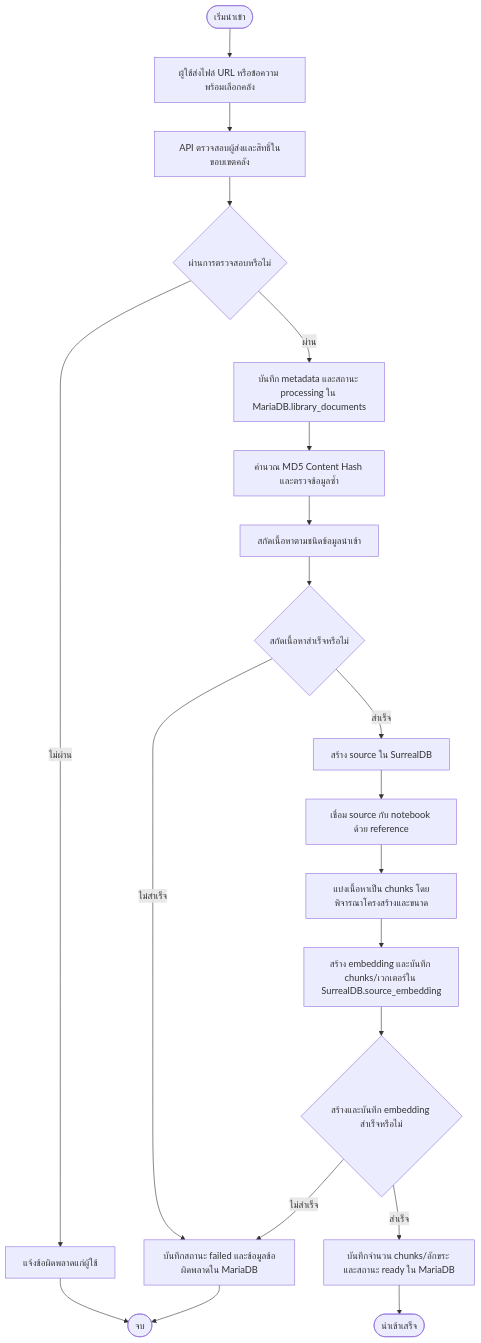
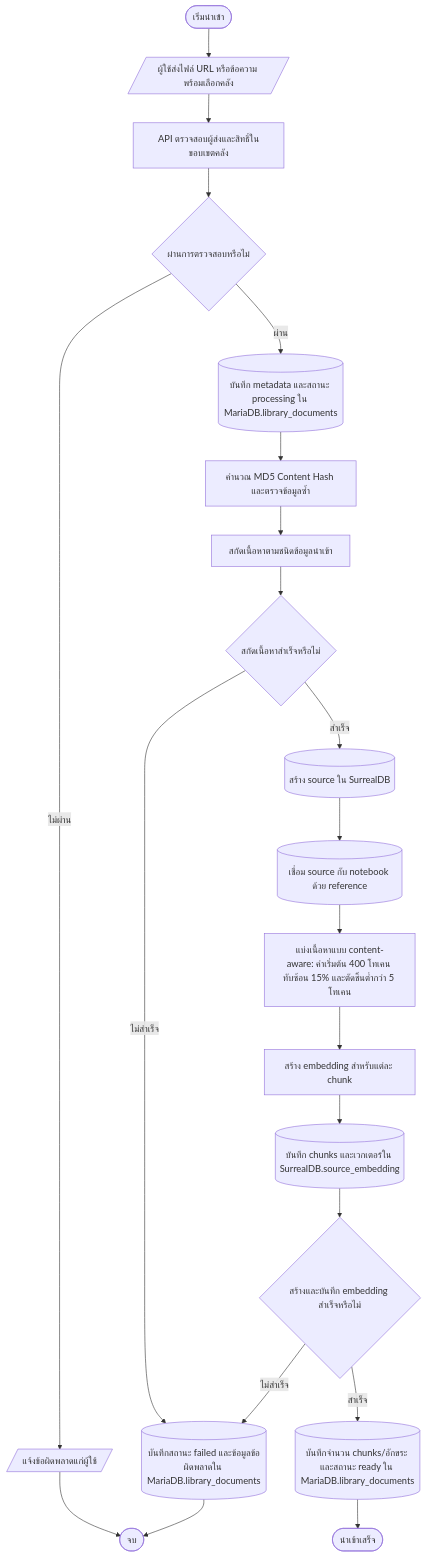
Before and after one commit to phuwishpk/LSP-SIET: the first of 3 diagrams in docs-Tisit/บทที่ 3/section_3_4_kmitl_rag_ai.md, drawn with Mermaid. The commit also changed other lines of this file and 1 other file, not shown here.

Commit message:
feat: update flowcharts and documentation for community and KMITL RAG AI systems; enhance clarity and detail in processes

````diff
--- a/docs-Tisit/บทที่ 3/section_3_4_kmitl_rag_ai.md
+++ b/docs-Tisit/บทที่ 3/section_3_4_kmitl_rag_ai.md
@@ -13,22 +15,23 @@
 ```mermaid
 flowchart TD
-    A([เริ่มนำเข้า]) --> B[ผู้ใช้ส่งไฟล์ URL หรือข้อความ พร้อมเลือกคลัง]
+    A([เริ่มนำเข้า]) --> B[/ผู้ใช้ส่งไฟล์ URL หรือข้อความ พร้อมเลือกคลัง/]
     B --> C[API ตรวจสอบผู้ส่งและสิทธิ์ในขอบเขตคลัง]
     C --> D{ผ่านการตรวจสอบหรือไม่}
-    D -- ไม่ผ่าน --> X1[แจ้งข้อผิดพลาดแก่ผู้ใช้]
-    D -- ผ่าน --> E[บันทึก metadata และสถานะ processing ใน MariaDB.library_documents]
+    D -- ไม่ผ่าน --> X1[/แจ้งข้อผิดพลาดแก่ผู้ใช้/]
+    D -- ผ่าน --> E[(บันทึก metadata และสถานะ processing ใน MariaDB.library_documents)]
     E --> F[คำนวณ MD5 Content Hash และตรวจข้อมูลซ้ำ]
     F --> G[สกัดเนื้อหาตามชนิดข้อมูลนำเข้า]
     G --> H{สกัดเนื้อหาสำเร็จหรือไม่}
-    H -- ไม่สำเร็จ --> X2[บันทึกสถานะ failed และข้อมูลข้อผิดพลาดใน MariaDB]
-    H -- สำเร็จ --> I[สร้าง source ใน SurrealDB]
-    I --> J[เชื่อม source กับ notebook ด้วย reference]
-    J --> K[แบ่งเนื้อหาเป็น chunks โดยพิจารณาโครงสร้างและขนาด]
-    K --> L[สร้าง embedding และบันทึก chunks/เวกเตอร์ใน SurrealDB.source_embedding]
-    L --> M{สร้างและบันทึก embedding สำเร็จหรือไม่}
-    M -- ไม่สำเร็จ --> X2
-    M -- สำเร็จ --> N[บันทึกจำนวน chunks/อักขระ และสถานะ ready ใน MariaDB]
-    N --> O([นำเข้าเสร็จ])
-    X1 --> P([จบ])
-    X2 --> P
+    H -- ไม่สำเร็จ --> X2[(บันทึกสถานะ failed และข้อมูลข้อผิดพลาดใน MariaDB.library_documents)]
+    H -- สำเร็จ --> I[(สร้าง source ใน SurrealDB)]
+    I --> J[(เชื่อม source กับ notebook ด้วย reference)]
+    J --> K[แบ่งเนื้อหาแบบ content-aware: ค่าเริ่มต้น 400 โทเคน ทับซ้อน 15% และตัดชิ้นต่ำกว่า 5 โทเคน]
+    K --> L[สร้าง embedding สำหรับแต่ละ chunk]
+    L --> M[(บันทึก chunks และเวกเตอร์ใน SurrealDB.source_embedding)]
+    M --> N{สร้างและบันทึก embedding สำเร็จหรือไม่}
+    N -- ไม่สำเร็จ --> X2
+    N -- สำเร็จ --> O[(บันทึกจำนวน chunks/อักขระ และสถานะ ready ใน MariaDB.library_documents)]
+    O --> P([นำเข้าเสร็จ])
+    X1 --> Q([จบ])
+    X2 --> Q
 ```
````
